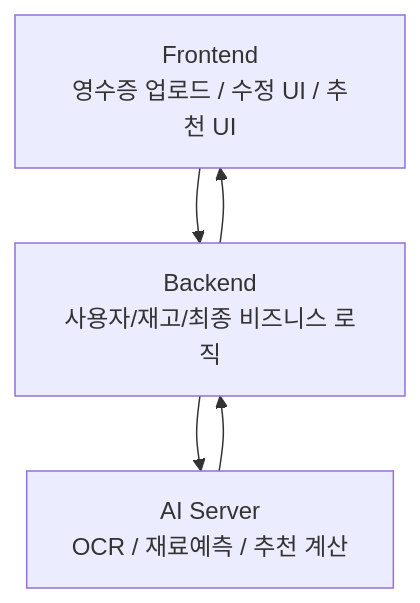
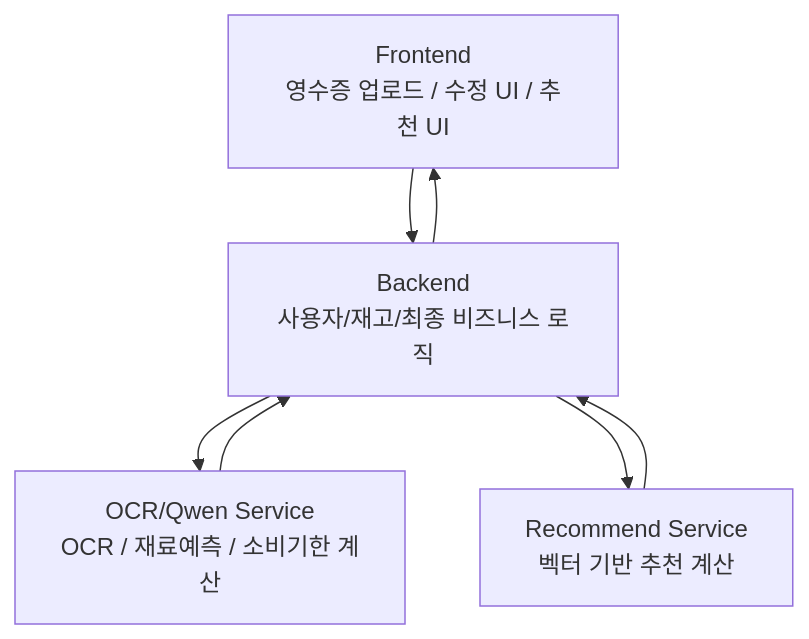
The first of 2 diagrams in docs/architecture/PROJECT_PROCESS_AND_RATIONALE.md (MulmuMulmu/AI-Repository), drawn with Mermaid before and after one commit. The commit also changed other lines of this file and 29 other files, not shown here.

Commit message:
feat: split ocr and recommend services

````diff
--- a/docs/architecture/PROJECT_PROCESS_AND_RATIONALE.md
+++ b/docs/architecture/PROJECT_PROCESS_AND_RATIONALE.md
@@ -93,7 +94,9 @@
 ```mermaid
 flowchart TD
     A["Frontend\n영수증 업로드 / 수정 UI / 추천 UI"] --> B["Backend\n사용자/재고/최종 비즈니스 로직"]
-    B --> C["AI Server\nOCR / 재료예측 / 추천 계산"]
+    B --> C["OCR/Qwen Service\nOCR / 재료예측 / 소비기한 계산"]
+    B --> D["Recommend Service\n벡터 기반 추천 계산"]
     C --> B
+    D --> B
     B --> A
 ```
````
